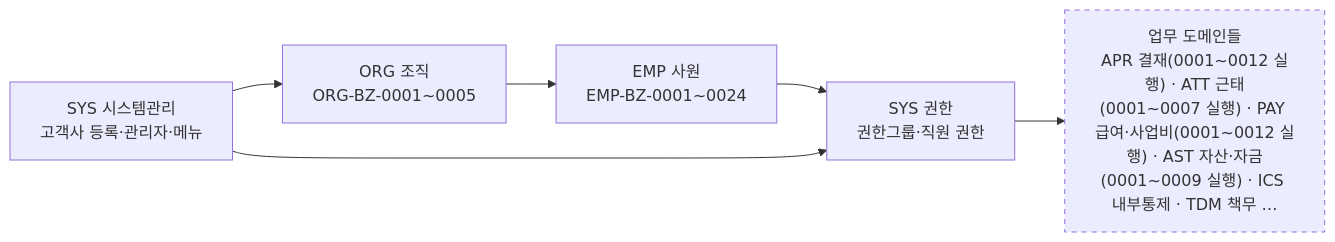
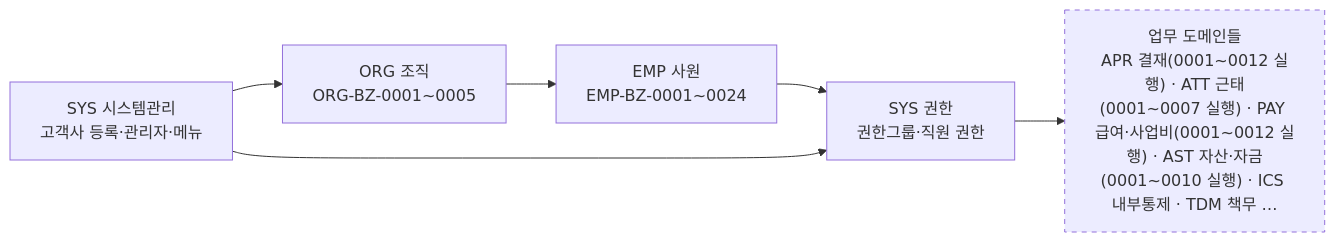
One commit to KimDoYoung/framework-sprt changed the diagram in AssetERP/docs/2-업무분석/biz-event/00-도메인Map.md. Above: the diagram before and after it, drawn with Mermaid. The commit also changed 5 other files, not shown here.

````diff
--- a/AssetERP/docs/2-업무분석/biz-event/00-도메인Map.md
+++ b/AssetERP/docs/2-업무분석/biz-event/00-도메인Map.md
@@ -6,14 +6,14 @@
 ```mermaid
 flowchart LR
     SYS["SYS 시스템관리<br/>고객사 등록·관리자·메뉴"]
     ORG["ORG 조직<br/>ORG-BZ-0001~0005"]
     EMP["EMP 사원<br/>EMP-BZ-0001~0024"]
     AUTH["SYS 권한<br/>권한그룹·직원 권한"]
-    WORK["업무 도메인들<br/>APR 결재(0001~0012 실행) · ATT 근태(0001~0007 실행) · PAY 급여·사업비(0001~0012 실행) · AST 자산·자금(0001~0009 실행) · ICS 내부통제 · TDM 책무 …"]
+    WORK["업무 도메인들<br/>APR 결재(0001~0012 실행) · ATT 근태(0001~0007 실행) · PAY 급여·사업비(0001~0012 실행) · AST 자산·자금(0001~0010 실행) · ICS 내부통제 · TDM 책무 …"]
 
     SYS --> ORG --> EMP --> AUTH --> WORK
     SYS --> AUTH
 
     classDef todo stroke-dasharray: 5 5
     class WORK todo
 ```
````
